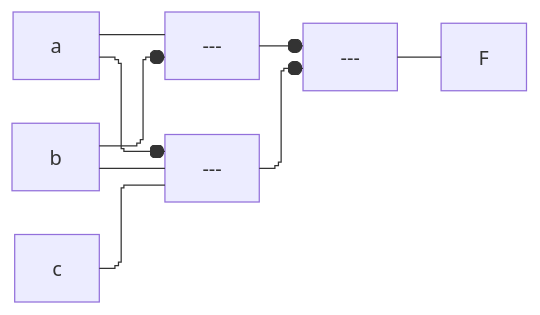
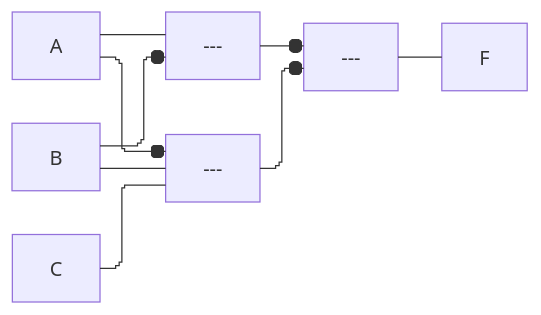
The diagram in CSDS 281 - Logic Design/HW/7/tables.md (tnichols217/notes), drawn with Mermaid before and after one commit.

Commit message:
vault backup: 2024-03-27 10:34:03

````diff
--- a/CSDS 281 - Logic Design/HW/7/tables.md
+++ b/CSDS 281 - Logic Design/HW/7/tables.md
@@ -27,10 +27,10 @@
 ```mermaid
 %%{ init: { 'flowchart': { 'curve': 'stepBefore', "defaultRenderer": "elk" } } }%%
 flowchart LR
-a --- nor1[---]
-b --o nor1
-a --o nor2[---]
-b & c --- nor2
+A --- nor1[---]
+B --o nor1
+A --o nor2[---]
+B & C --- nor2
 nor1 & nor2 --o nor3[---]
 nor3 --- F
 ```
````
